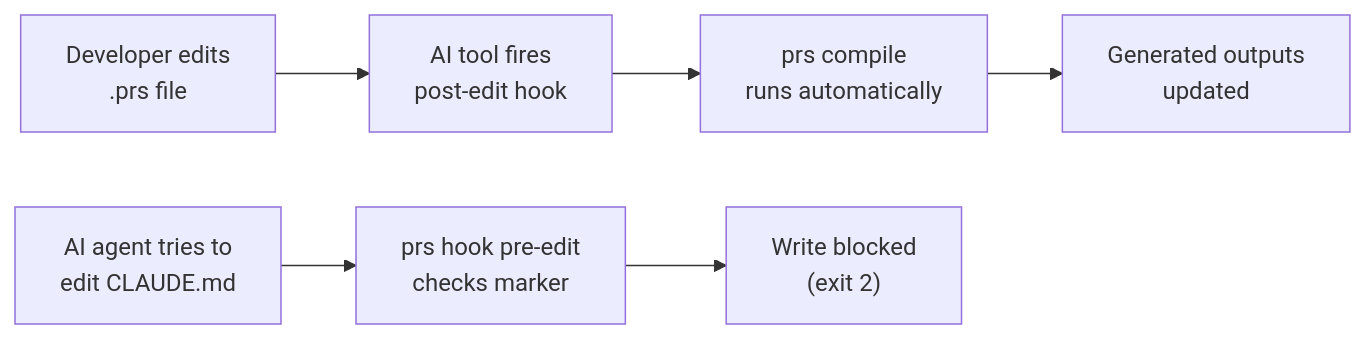
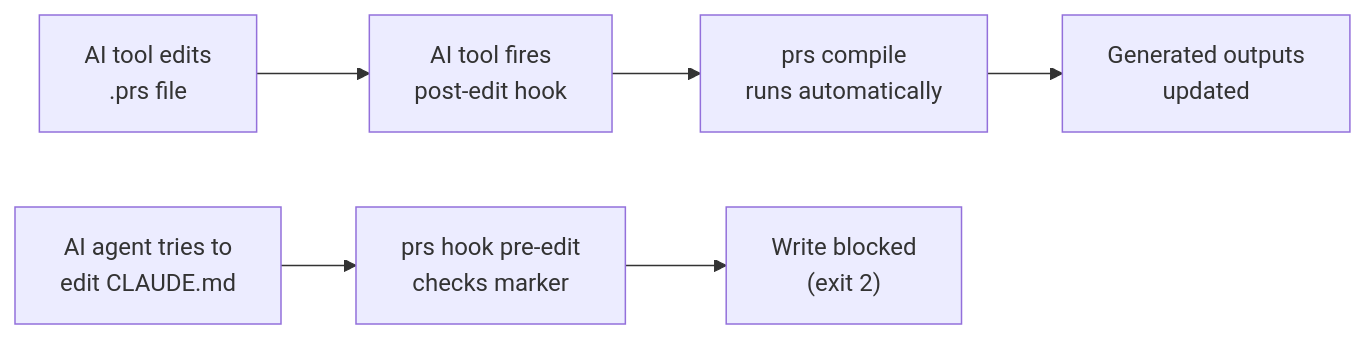
One commit to mrwogu/promptscript changed the first of 2 diagrams in docs/guides/hooks.md. Above: the diagram before and after it, drawn with Mermaid. The commit also changed other lines of this file and 63 other files, not shown here.

````diff
--- a/docs/guides/hooks.md
+++ b/docs/guides/hooks.md
@@ -15,15 +15,15 @@
 ```mermaid
 flowchart LR
-    dev["Developer edits\n.prs file"]
+    dev["AI tool edits\n.prs file"]
     tool["AI tool fires\npost-edit hook"]
     compile["prs compile\nruns automatically"]
     out["Generated outputs\nupdated"]
 
     dev --> tool --> compile --> out
 
     agent["AI agent tries to\nedit CLAUDE.md"]
     pre["prs hook pre-edit\nchecks marker"]
     block["Write blocked\n(exit 2)"]
 
     agent --> pre --> block
 ```
````
